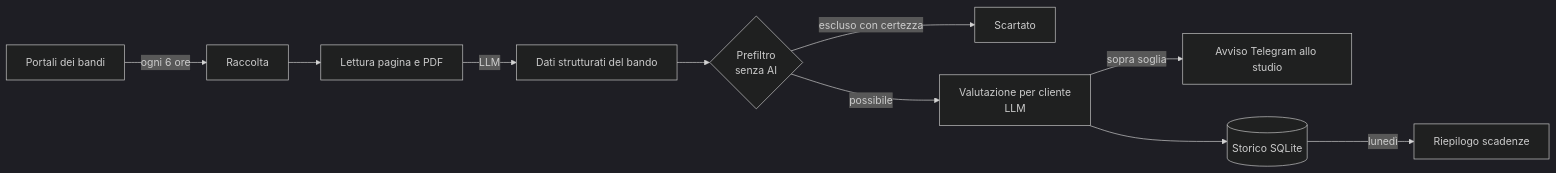
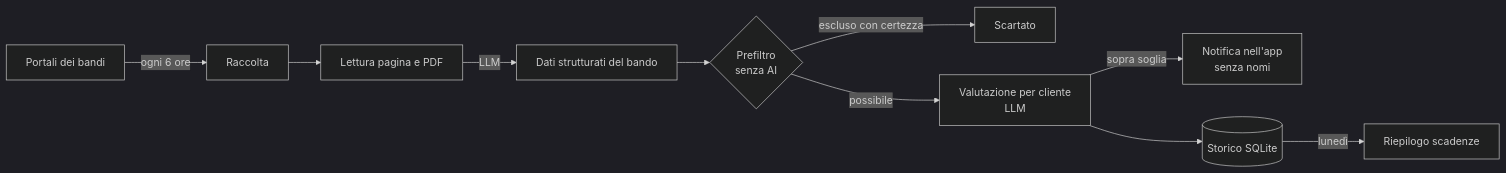
One commit to markdeca/radar-bandi-showcase changed the diagram in README.md. Above: the diagram before and after it, drawn with Mermaid (dark theme). The commit also changed other lines of this file and 2 other files, not shown here.

Commit message:
Vetrina: web app installabile, dati in UE, l'AI non vede i nomi dei clienti

````diff
--- a/README.md
+++ b/README.md
@@ -25,12 +26,12 @@
 ```mermaid
 flowchart LR
     A[Portali dei bandi] -->|ogni 6 ore| B[Raccolta]
     B --> C[Lettura pagina e PDF]
     C -->|LLM| D[Dati strutturati del bando]
     D --> E{Prefiltro<br/>senza AI}
     E -->|escluso con certezza| X[Scartato]
     E -->|possibile| F[Valutazione per cliente<br/>LLM]
-    F -->|sopra soglia| G[Avviso Telegram allo studio]
+    F -->|sopra soglia| G[Notifica nell'app<br/>senza nomi]
     F --> H[(Storico SQLite)]
     H -->|lunedì| I[Riepilogo scadenze]
 ```
````
